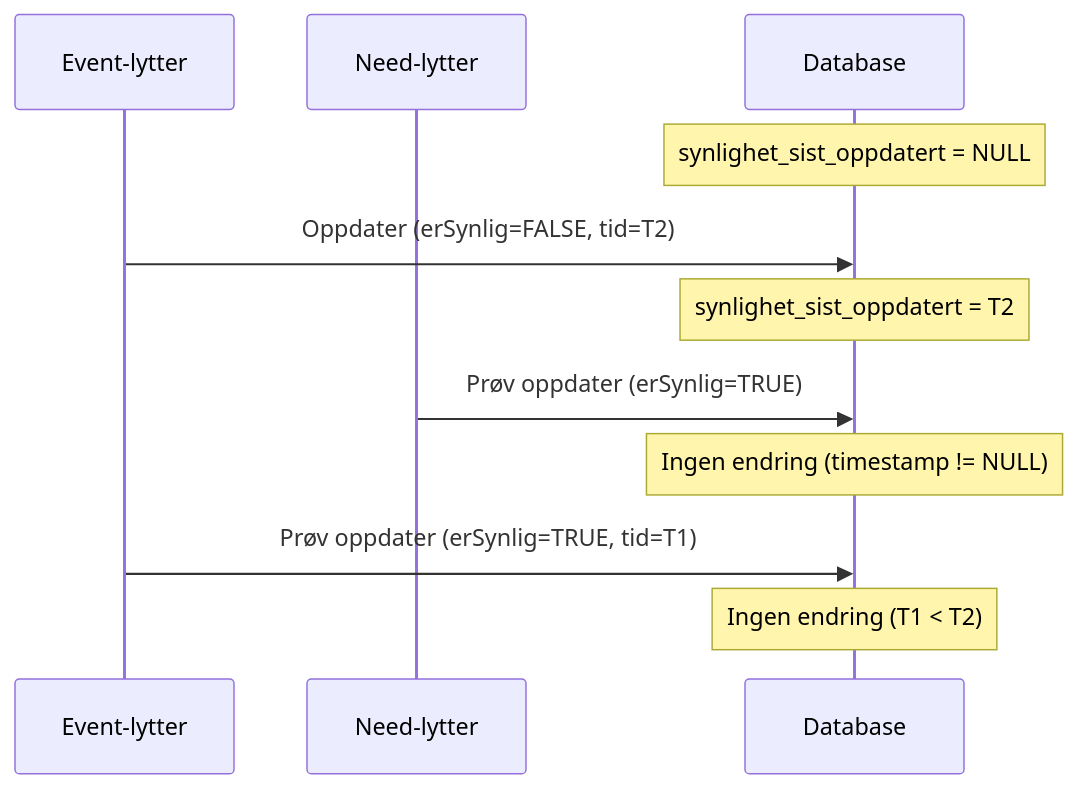
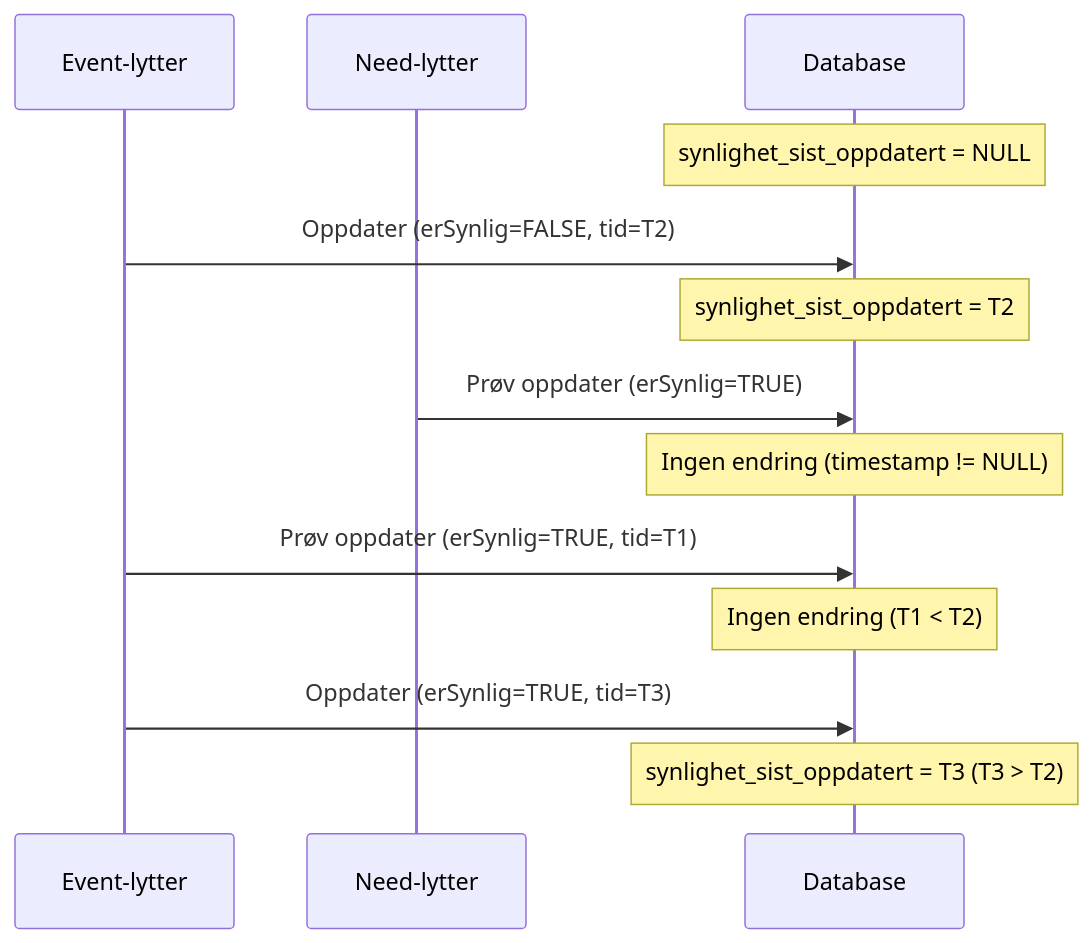
The fifth of 5 diagrams in docs/3-sikkerhet/synlighet.md (navikt/rekrutteringstreff-backend), drawn with Mermaid before and after one commit.

Commit message:
Oppdatert synlighetsdiaram

````diff
--- a/docs/3-sikkerhet/synlighet.md
+++ b/docs/3-sikkerhet/synlighet.md
@@ -183,17 +183,20 @@
 ```mermaid
 sequenceDiagram
     participant EL as Event-lytter
     participant NL as Need-lytter
     participant DB as Database
 
     Note over DB: synlighet_sist_oppdatert = NULL
 
     EL->>DB: Oppdater (erSynlig=FALSE, tid=T2)
     Note over DB: synlighet_sist_oppdatert = T2
 
     NL->>DB: Prøv oppdater (erSynlig=TRUE)
     Note over DB: Ingen endring (timestamp != NULL)
 
     EL->>DB: Prøv oppdater (erSynlig=TRUE, tid=T1)
     Note over DB: Ingen endring (T1 < T2)
+
+    EL->>DB: Oppdater (erSynlig=TRUE, tid=T3)
+    Note over DB: synlighet_sist_oppdatert = T3 (T3 > T2)
 ```
````
